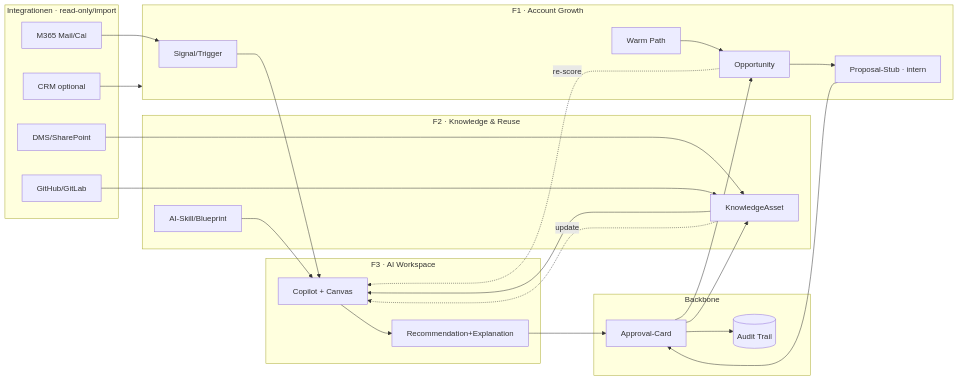
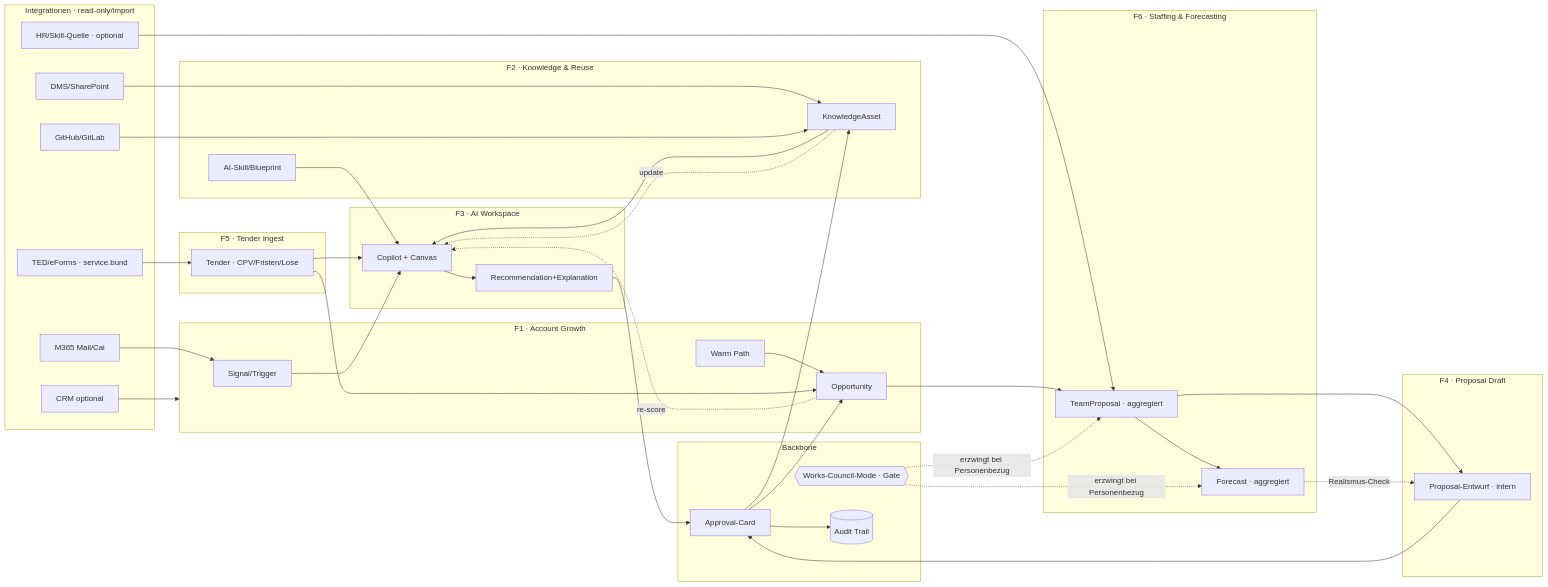
One commit to H-W-Digital-Solutions-UG/consultry changed the diagram in product-definition/Consultry-Phase-1-MVP-Specs-and-Flow-Canvas-v1.0.md. Above: the diagram before and after it, drawn with Mermaid. The commit also changed other lines of this file, not shown here.

First line of the commit message:
Phase 1: add Tender Ingest (F5) and Staffing & Forecasting (F6), promote Proposal Draft (F4)

````diff
--- a/product-definition/Consultry-Phase-1-MVP-Specs-and-Flow-Canvas-v1.0.md
+++ b/product-definition/Consultry-Phase-1-MVP-Specs-and-Flow-Canvas-v1.0.md
@@ -412,50 +536,74 @@
 ```mermaid
 flowchart LR
   subgraph EXT[Integrationen · read-only/import]
     MAIL[M365 Mail/Cal]
     DMS[DMS/SharePoint]
     GIT[GitHub/GitLab]
     CRM[CRM optional]
+    TED[TED/eForms · service.bund]
+    HR[HR/Skill-Quelle · optional]
   end
 
   subgraph F1[F1 · Account Growth]
     SIG[Signal/Trigger]
     OPP[Opportunity]
     WP[Warm Path]
-    PROP[Proposal-Stub · intern]
+  end
+
+  subgraph F4[F4 · Proposal Draft]
+    PROP[Proposal-Entwurf · intern]
+  end
+
+  subgraph F5[F5 · Tender Ingest]
+    TND[Tender · CPV/Fristen/Lose]
+  end
+
+  subgraph F6[F6 · Staffing & Forecasting]
+    TEAM[TeamProposal · aggregiert]
+    FC[Forecast · aggregiert]
   end
 
   subgraph F2[F2 · Knowledge & Reuse]
     ASSET[KnowledgeAsset]
     SKILL[AI-Skill/Blueprint]
   end
 
   subgraph F3[F3 · AI Workspace]
     COP[Copilot + Canvas]
     REC[Recommendation+Explanation]
   end
 
   subgraph B[Backbone]
     APP[Approval-Card]
+    GATE{{Works-Council-Mode · Gate}}
     AUD[(Audit Trail)]
   end
 
   MAIL --> SIG
   CRM --> F1
   DMS --> ASSET
   GIT --> ASSET
+  TED --> TND
+  HR --> TEAM
 
   SIG --> COP
+  TND --> COP
   ASSET --> COP
   SKILL --> COP
   COP --> REC
   REC --> APP
   APP --> OPP
   APP --> ASSET
   WP --> OPP
-  OPP --> PROP
+  TND --> OPP
+  OPP --> TEAM
+  TEAM --> FC
+  TEAM --> PROP
+  FC -. Realismus-Check .-> PROP
   PROP --> APP
+  GATE -. erzwingt bei Personenbezug .-> TEAM
+  GATE -. erzwingt bei Personenbezug .-> FC
   APP --> AUD
   OPP -. re-score .-> COP
   ASSET -. update .-> COP
 ```
````
